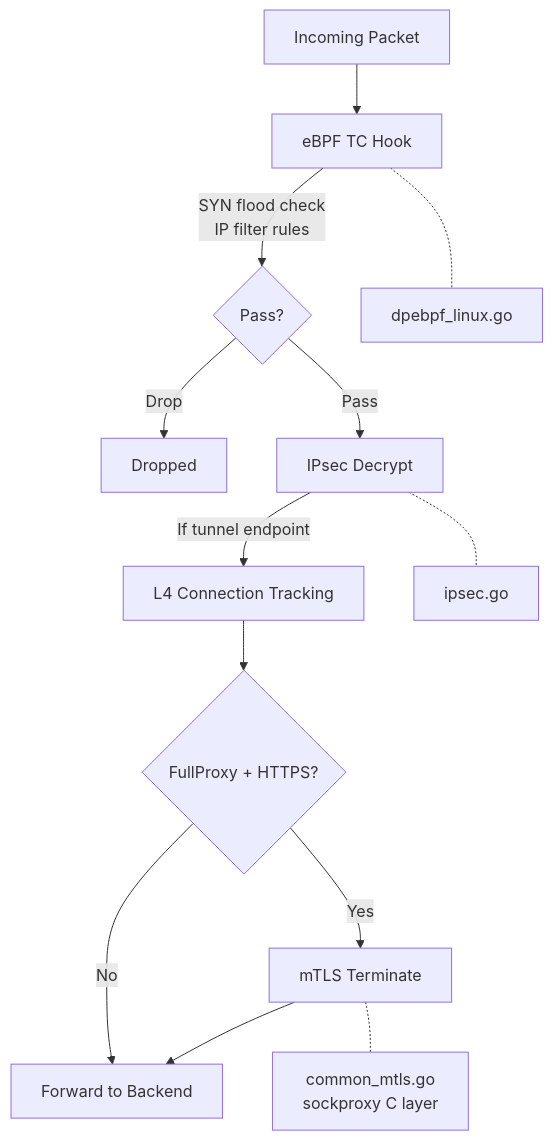
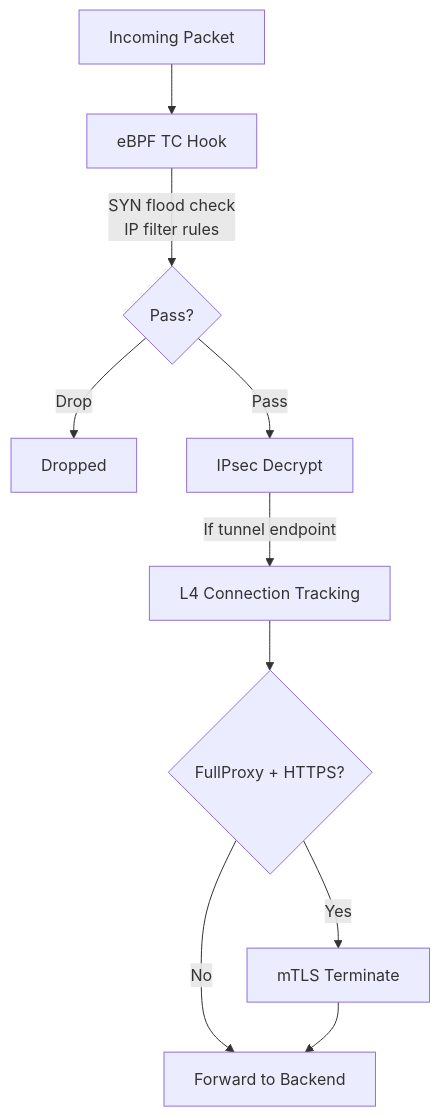
One commit to NLX-SeokHwanKong/loxilbdocs changed the diagram in docs/security-gateway/secure-dataplane.md. Above: the diagram before and after it, drawn with Mermaid. The commit also changed other lines of this file and 1 other file, not shown here.

````diff
--- a/docs/security-gateway/secure-dataplane.md
+++ b/docs/security-gateway/secure-dataplane.md
@@ -78,16 +76,12 @@
 ```mermaid
 flowchart TD
     A[Incoming Packet] --> B[eBPF TC Hook]
     B -->|SYN flood check\nIP filter rules| C{Pass?}
     C -->|Drop| X[Dropped]
     C -->|Pass| D[IPsec Decrypt]
     D -->|If tunnel endpoint| E[L4 Connection Tracking]
     E --> F{FullProxy + HTTPS?}
     F -->|Yes| G[mTLS Terminate]
     F -->|No| H[Forward to Backend]
     G --> H
-
-    B -.- B1["dpebpf_linux.go"]
-    D -.- D1["ipsec.go"]
-    G -.- G1["common_mtls.go\nsockproxy C layer"]
 ```
````
